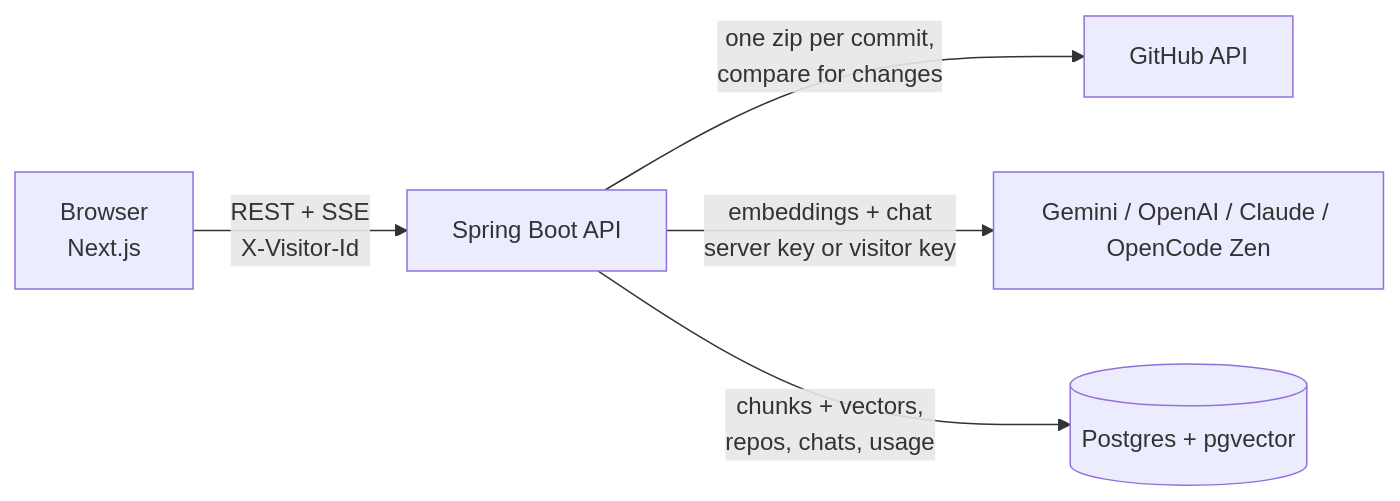
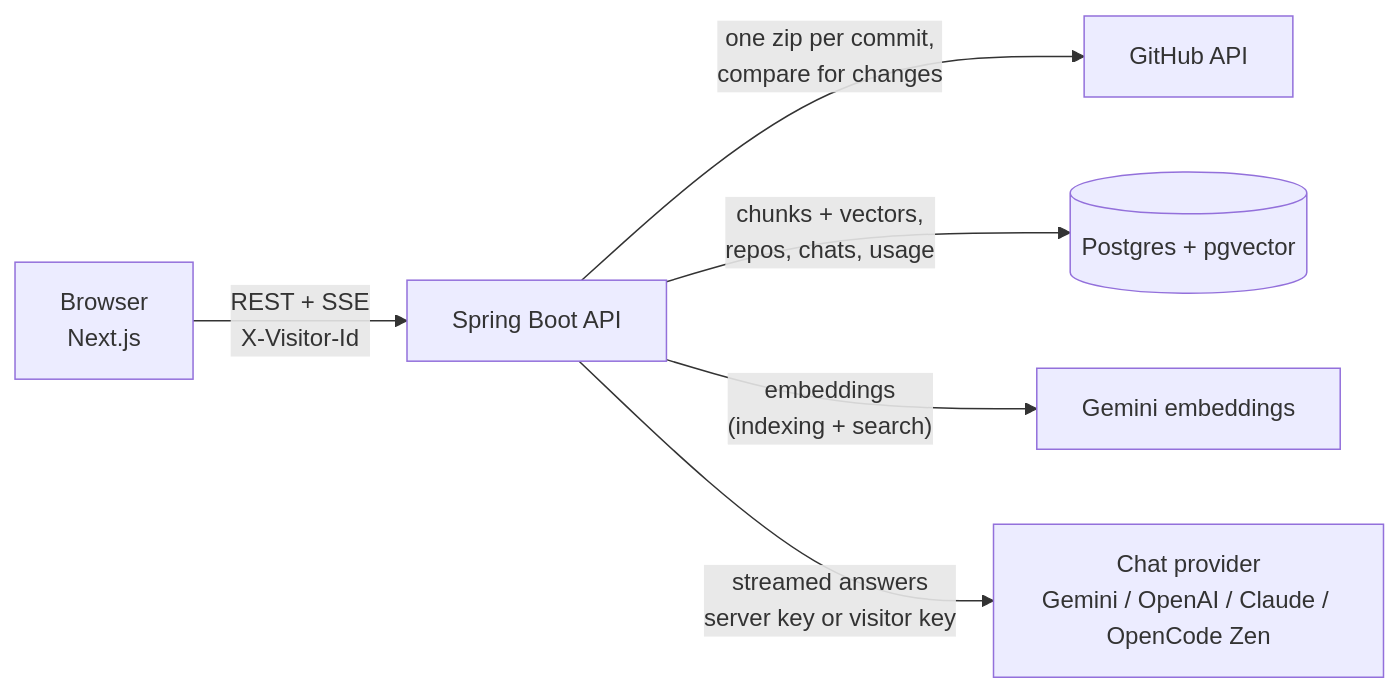
The diagram in README.md (Darshan-dev57/devPilot), drawn with Mermaid before and after one commit. The commit also changed other lines of this file, not shown here.

````diff
--- a/README.md
+++ b/README.md
@@ -98,7 +96,8 @@
 ```mermaid
 flowchart LR
-  B[Browser<br/>Next.js] -- REST + SSE<br/>X-Visitor-Id --> API[Spring Boot API]
-  API -- one zip per commit,<br/>compare for changes --> GH[GitHub API]
-  API -- embeddings + chat<br/>server key or visitor key --> AI[Gemini / OpenAI / Claude / OpenCode Zen]
-  API -- chunks + vectors,<br/>repos, chats, usage --> PG[(Postgres + pgvector)]
+  B["Browser<br/>Next.js"] -- "REST + SSE<br/>X-Visitor-Id" --> API["Spring Boot API"]
+  API -- "one zip per commit,<br/>compare for changes" --> GH["GitHub API"]
+  API -- "chunks + vectors,<br/>repos, chats, usage" --> PG[("Postgres + pgvector")]
+  API -- "embeddings<br/>(indexing + search)" --> EMB["Gemini embeddings"]
+  API -- "streamed answers<br/>server key or visitor key" --> CHAT["Chat provider<br/>Gemini / OpenAI / Claude / OpenCode Zen"]
 ```
````
